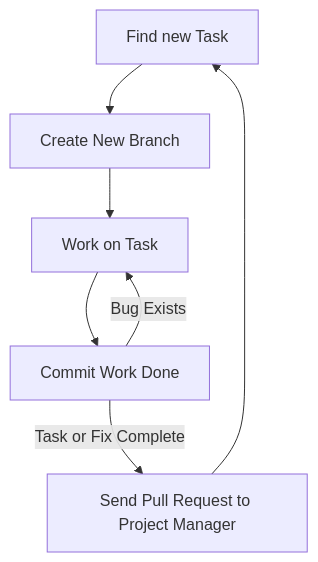
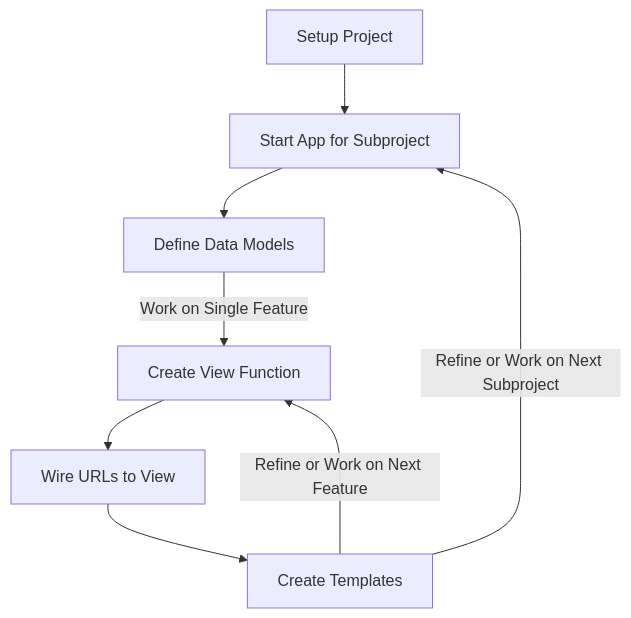
One commit to zainabaltahoo/website changed the second of 2 diagrams in content/en/slides/350/django-overview/index.md. Above: the diagram before and after it, drawn with Mermaid. The commit also changed other lines of this file, not shown here.

````diff
--- a/content/en/slides/350/django-overview/index.md
+++ b/content/en/slides/350/django-overview/index.md
@@ -106,14 +232,10 @@
 ```mermaid
 graph TD
-    A[Find new Task]
-    B[Create New Branch]
-    C[Work on Task]
-    D[Commit Work Done]
-    E[Send Pull Request to Project Manager]
-    A --> B
-    B --> C
-    C --> D
-    D -- Bug Exists --> C
-    D -- Task or Fix Complete --> E
-    E --> A
+A[Setup Project] --> B["Start App for Subproject"]
+B --> C["Define Data Models"]
+C -->|"Work on Single Feature"| D[Create View Function] 
+D -->E["Wire URLs to View"]
+E -->F["Create Templates"]
+F -->|"Refine or Work on Next Feature"|D
+F -->|"Refine or Work on Next Subproject"|B
 ```
````
